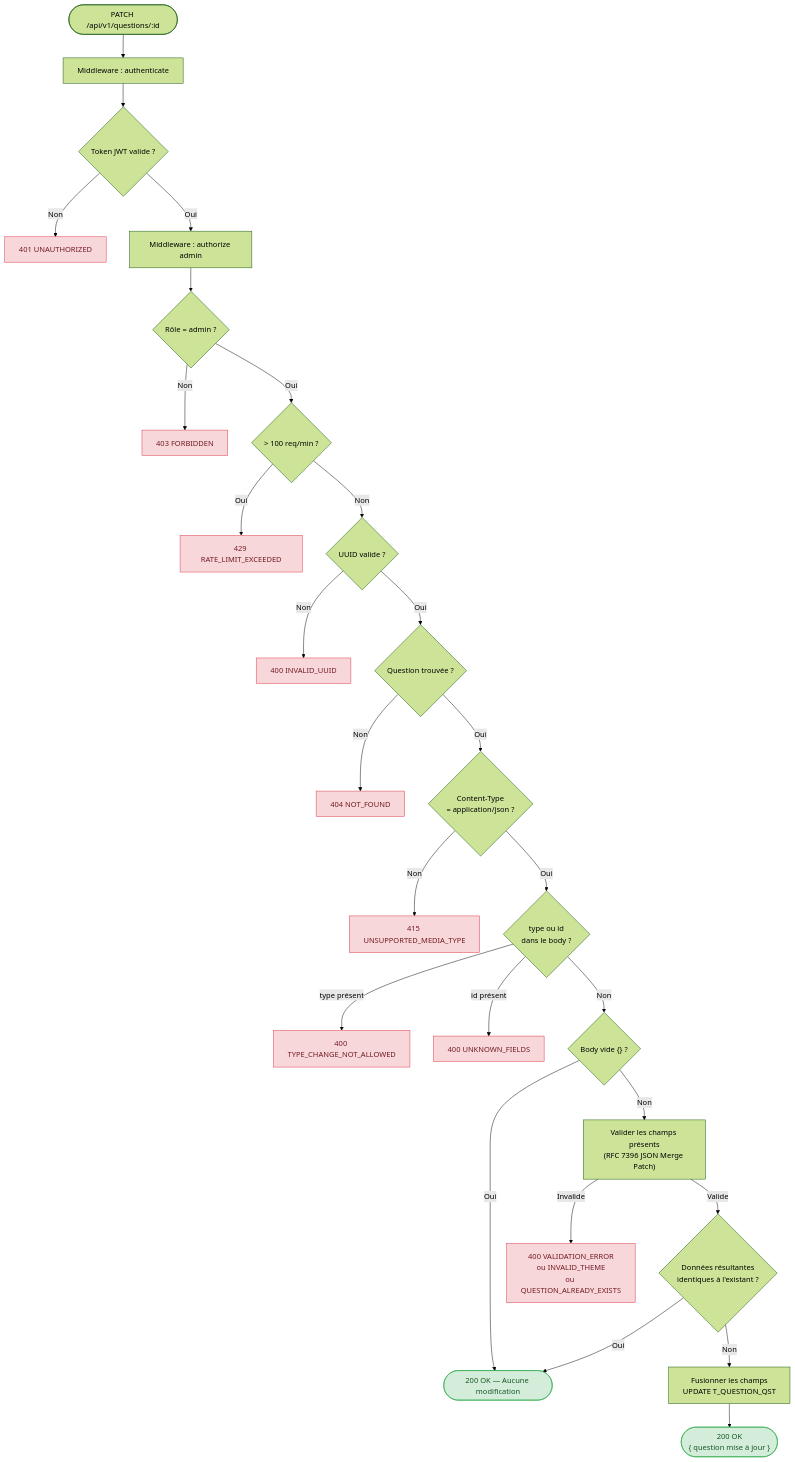
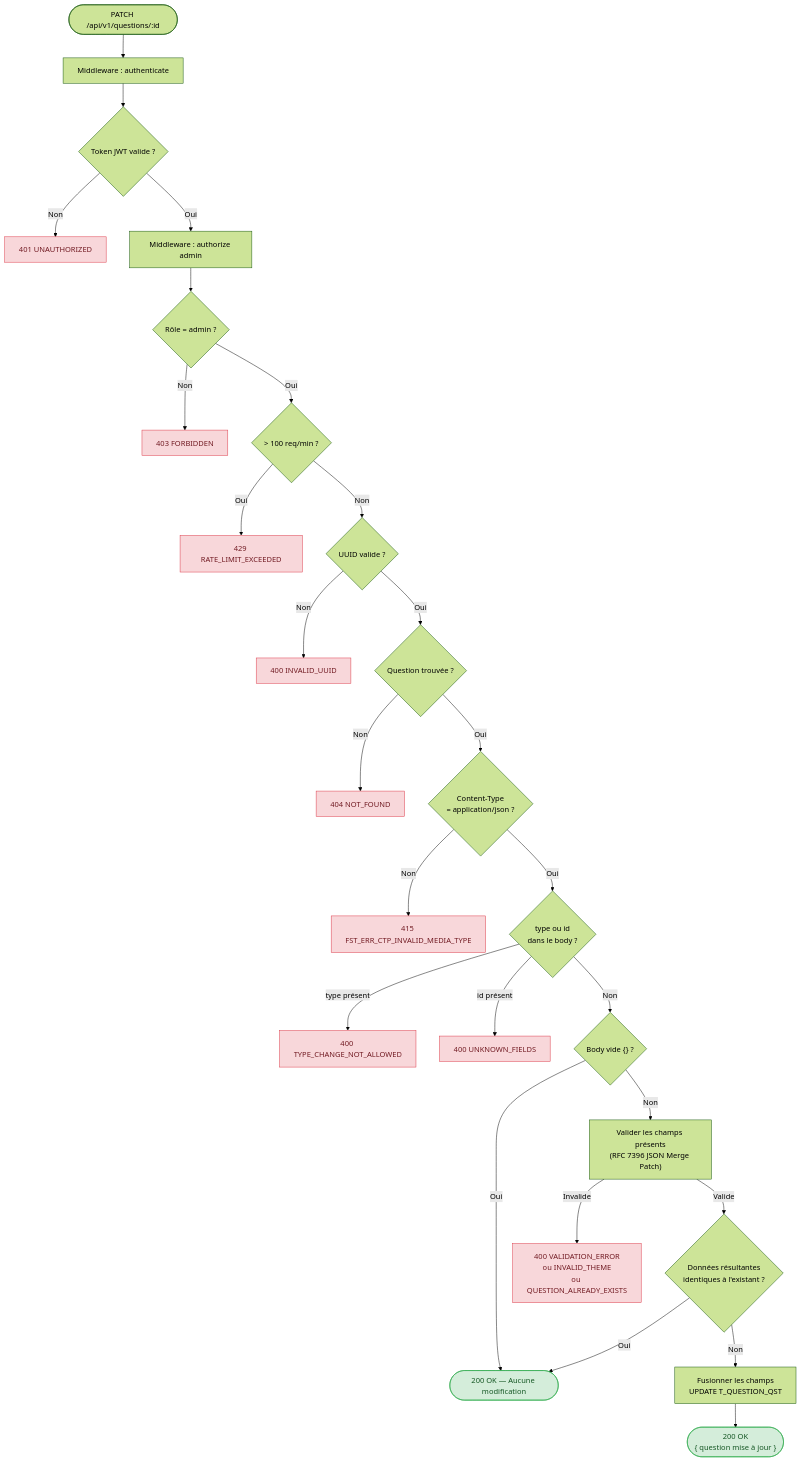
Before and after one commit to ODehel/quiz-live-server: the diagram in docs/specs/diagrams/US-007-questions-patch.mmd, drawn with Mermaid. The commit also changed 18 other files, not shown here.

```diff
--- a/docs/specs/diagrams/US-007-questions-patch.mmd
+++ b/docs/specs/diagrams/US-007-questions-patch.mmd
@@ -1,32 +1,32 @@
 %%{init: {"theme": "forest", "flowchart": {"curve": "basis"}}}%%
 flowchart TD
     REQ(["PATCH /api/v1/questions/:id"]) --> MW_AUTH["Middleware : authenticate"]
     MW_AUTH --> AUTH_OK{"Token JWT valide ?"}
     AUTH_OK -->|"Non"| E401["401 UNAUTHORIZED"]
     AUTH_OK -->|"Oui"| MW_ROLE["Middleware : authorize admin"]
     MW_ROLE --> ROLE_OK{"Rôle = admin ?"}
     ROLE_OK -->|"Non"| E403["403 FORBIDDEN"]
     ROLE_OK -->|"Oui"| MW_RL{"> 100 req/min ?"}
     MW_RL -->|"Oui"| E429["429 RATE_LIMIT_EXCEEDED"]
     MW_RL -->|"Non"| PATCH_UUID{"UUID valide ?"}
     PATCH_UUID -->|"Non"| E400a["400 INVALID_UUID"]
     PATCH_UUID -->|"Oui"| PATCH_FIND{"Question trouvée ?"}
     PATCH_FIND -->|"Non"| E404["404 NOT_FOUND"]
     PATCH_FIND -->|"Oui"| PATCH_CT{"Content-Type\n= application/json ?"}
-    PATCH_CT -->|"Non"| E415["415 UNSUPPORTED_MEDIA_TYPE"]
+    PATCH_CT -->|"Non"| E415["415 FST_ERR_CTP_INVALID_MEDIA_TYPE"]
     PATCH_CT -->|"Oui"| PATCH_TYPE{"type ou id\ndans le body ?"}
     PATCH_TYPE -->|"type présent"| E400b["400 TYPE_CHANGE_NOT_ALLOWED"]
     PATCH_TYPE -->|"id présent"| E400c["400 UNKNOWN_FIELDS"]
     PATCH_TYPE -->|"Non"| PATCH_EMPTY{"Body vide {} ?"}
     PATCH_EMPTY -->|"Oui"| OK_NO_CHANGE(["200 OK — Aucune modification"])
     PATCH_EMPTY -->|"Non"| PATCH_VALID["Valider les champs présents\n(RFC 7396 JSON Merge Patch)"]
     PATCH_VALID -->|"Invalide"| E400d["400 VALIDATION_ERROR\nou INVALID_THEME\nou QUESTION_ALREADY_EXISTS"]
     PATCH_VALID -->|"Valide"| PATCH_SAME{"Données résultantes\nidentiques à l'existant ?"}
     PATCH_SAME -->|"Oui"| OK_NO_CHANGE
     PATCH_SAME -->|"Non"| PATCH_UPD["Fusionner les champs\nUPDATE T_QUESTION_QST"]
     PATCH_UPD --> OK(["200 OK\n{ question mise à jour }"])
 
     classDef error fill:#f8d7da,stroke:#dc3545,color:#721c24
     classDef success fill:#d4edda,stroke:#28a745,color:#155724
     class E401,E403,E429,E400a,E404,E415,E400b,E400c,E400d error
     class OK,OK_NO_CHANGE success
```
